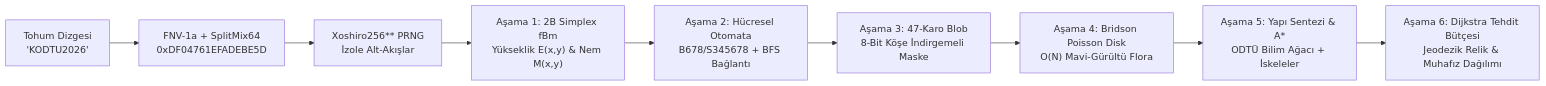
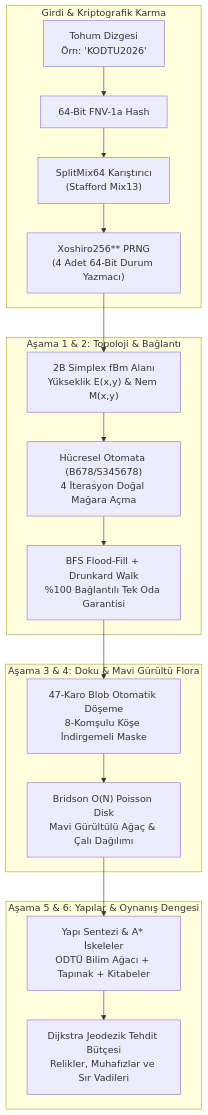
One commit to bahattinyunus/kodtu-autumn-procgen changed the diagram in README.md. Above: the diagram before and after it, drawn with Mermaid. The commit also changed other lines of this file, not shown here.

````diff
--- a/README.md
+++ b/README.md
@@ -122,11 +159,24 @@
 ```mermaid
-flowchart LR
-    SEED["Tohum Dizgesi<br/>'KODTU2026'"] --> HASH["FNV-1a + SplitMix64<br/>0xDF04761EFADEBE5D"]
-    HASH --> PRNG["Xoshiro256** PRNG<br/>İzole Alt-Akışlar"]
-    PRNG --> S1["Aşama 1: 2B Simplex fBm<br/>Yükseklik E(x,y) & Nem M(x,y)"]
-    S1 --> S2["Aşama 2: Hücresel Otomata<br/>B678/S345678 + BFS Bağlantı"]
-    S2 --> S3["Aşama 3: 47-Karo Blob<br/>8-Bit Köşe İndirgemeli Maske"]
-    S3 --> S4["Aşama 4: Bridson Poisson Disk<br/>O(N) Mavi-Gürültü Flora"]
-    S4 --> S5["Aşama 5: Yapı Sentezi & A*<br/>ODTÜ Bilim Ağacı + İskeleler"]
-    S5 --> S6["Aşama 6: Dijkstra Tehdit Bütçesi<br/>Jeodezik Relik & Muhafız Dağılımı"]
+flowchart TD
+    subgraph S0["Girdi & Kriptografik Karma"]
+        SEED["Tohum Dizgesi<br/>Örn: 'KODTU2026'"] --> FNV["64-Bit FNV-1a Hash"]
+        FNV --> SM64["SplitMix64 Karıştırıcı<br/>(Stafford Mix13)"]
+        SM64 --> XOS["Xoshiro256** PRNG<br/>(4 Adet 64-Bit Durum Yazmacı)"]
+    end
+
+    subgraph S1["Aşama 1 & 2: Topoloji & Bağlantı"]
+        XOS --> FBM["2B Simplex fBm Alanı<br/>Yükseklik E(x,y) & Nem M(x,y)"]
+        FBM --> CA["Hücresel Otomata (B678/S345678)<br/>4 İterasyon Doğal Mağara Açma"]
+        CA --> BFS["BFS Flood-Fill + Drunkard Walk<br/>%100 Bağlantılı Tek Oda Garantisi"]
+    end
+
+    subgraph S2["Aşama 3 & 4: Doku & Mavi Gürültü Flora"]
+        BFS --> BLOB["47-Karo Blob Otomatik Döşeme<br/>8-Komşulu Köşe İndirgemeli Maske"]
+        BLOB --> POISSON["Bridson O(N) Poisson Disk<br/>Mavi Gürültülü Ağaç & Çalı Dağılımı"]
+    end
+
+    subgraph S3["Aşama 5 & 6: Yapılar & Oynanış Dengesi"]
+        POISSON --> STRUCT["Yapı Sentezi & A* İskeleler<br/>ODTÜ Bilim Ağacı + Tapınak + Kitabeler"]
+        STRUCT --> DIJKSTRA["Dijkstra Jeodezik Tehdit Bütçesi<br/>Relikler, Muhafızlar ve Sır Vadileri"]
+    end
 ```
````
